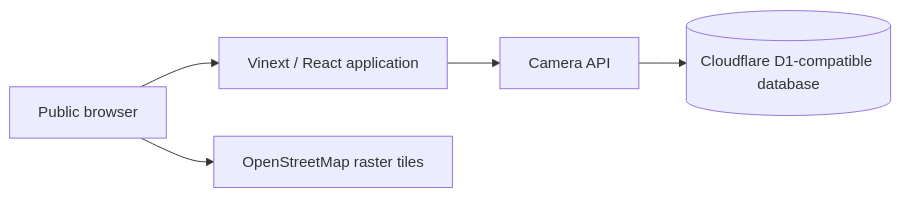
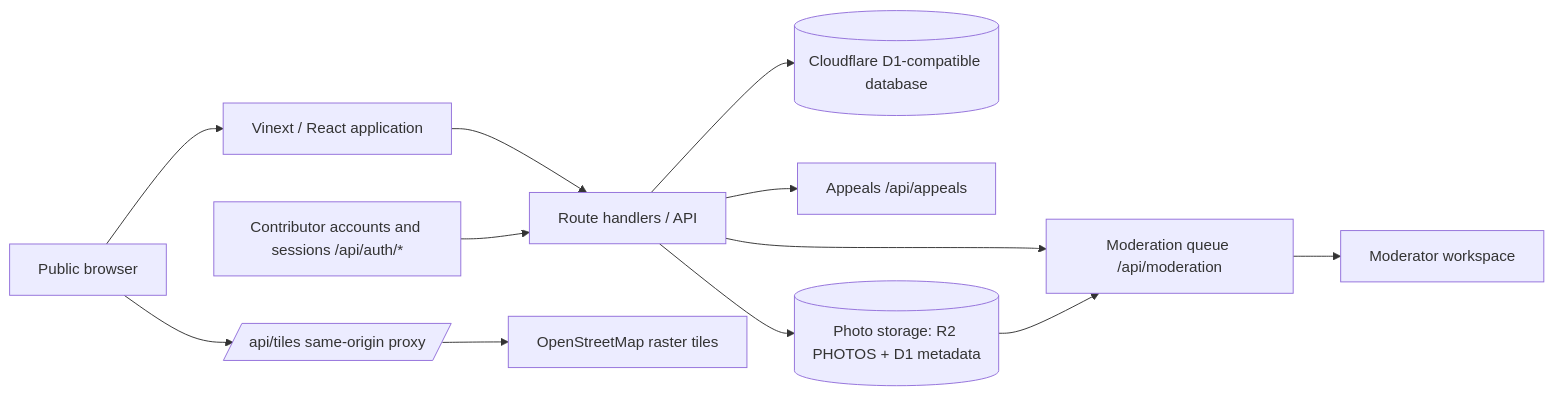
Before and after one commit to Syax89/open-surveillance-db: the first of 2 diagrams in docs/ARCHITECTURE.md, drawn with Mermaid. The commit also changed other lines of this file, not shown here.

Commit message:
docs: update ARCHITECTURE.md — identity, current-prototype diagram, media (docs audit gap #4)

````diff
--- a/docs/ARCHITECTURE.md
+++ b/docs/ARCHITECTURE.md
@@ -5,7 +7,14 @@
 ```mermaid
 flowchart LR
   Browser[Public browser] --> Web[Vinext / React application]
-  Web --> API[Camera API]
+  Web --> API[Route handlers / API]
   API --> D1[(Cloudflare D1-compatible database)]
-  Browser --> OSM[OpenStreetMap raster tiles]
+  Browser --> Tiles[/api/tiles same-origin proxy/]
+  Tiles --> OSM[OpenStreetMap raster tiles]
+  Auth[Contributor accounts and sessions /api/auth/*] --> API
+  API --> Queue[Moderation queue /api/moderation]
+  Queue --> Moderator[Moderator workspace]
+  API --> Appeals[Appeals /api/appeals]
+  API --> Photos[(Photo storage: R2 PHOTOS + D1 metadata)]
+  Photos --> Queue
 ```
````
